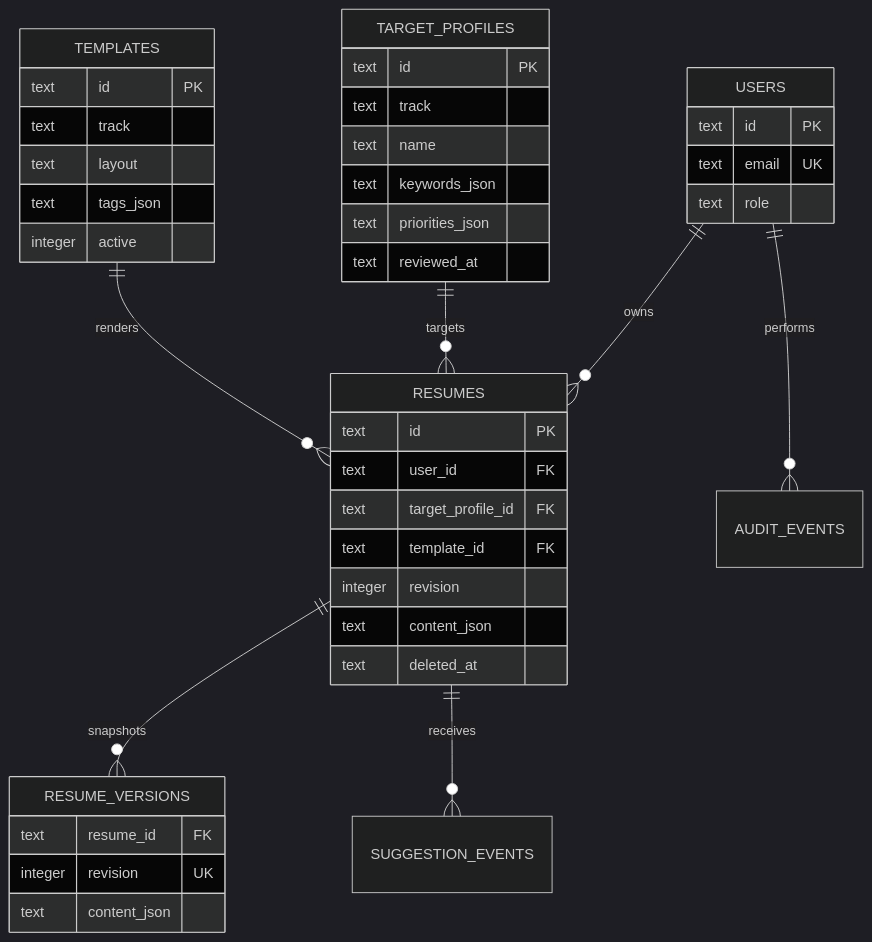
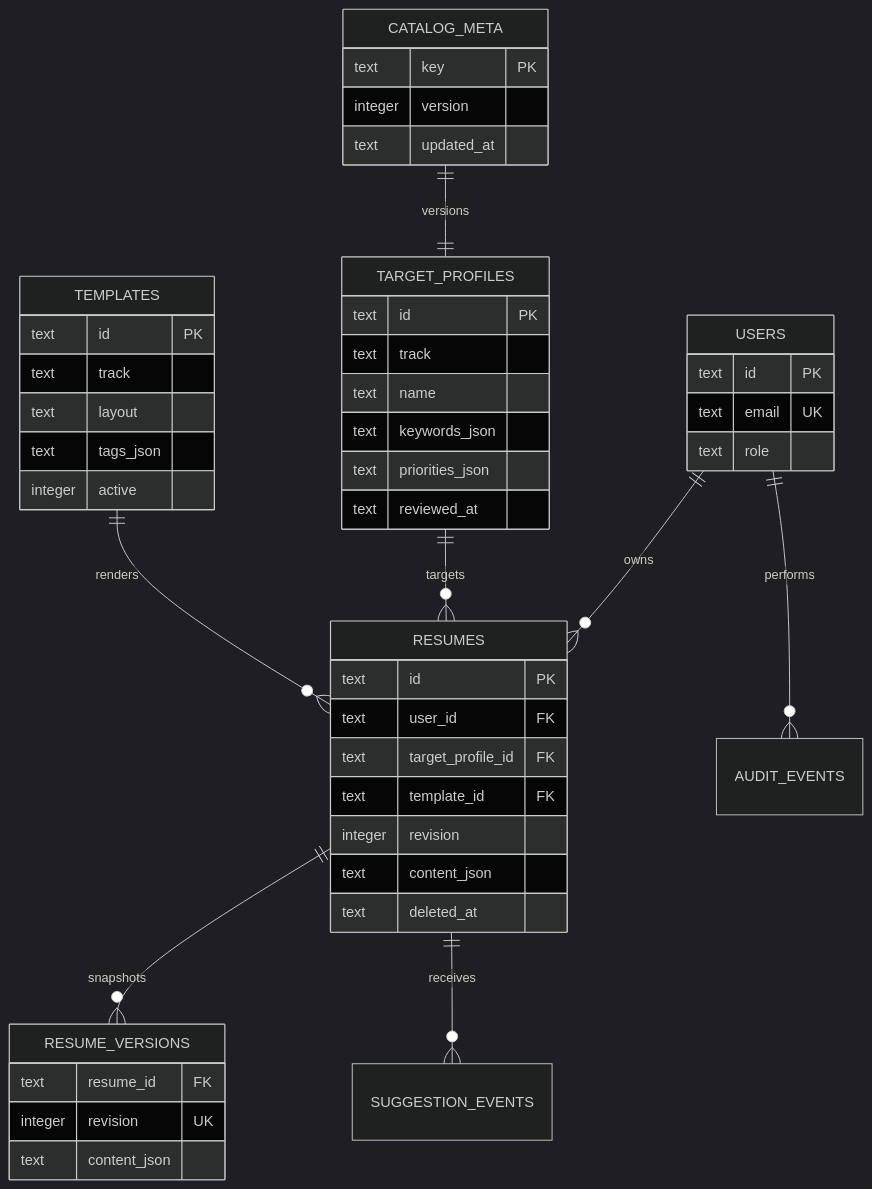
Before and after one commit to xhongduo-tech/easycv: the second of 2 diagrams in docs/architecture.md, drawn with Mermaid (dark theme). The commit also changed other lines of this file and 39 other files, not shown here.

Commit message:
Expand target catalog and career growth features

````diff
--- a/docs/architecture.md
+++ b/docs/architecture.md
@@ -33,44 +35,50 @@
 ```mermaid
 erDiagram
   USERS ||--o{ RESUMES : owns
   TARGET_PROFILES ||--o{ RESUMES : targets
   TEMPLATES ||--o{ RESUMES : renders
   RESUMES ||--o{ RESUME_VERSIONS : snapshots
   RESUMES ||--o{ SUGGESTION_EVENTS : receives
   USERS ||--o{ AUDIT_EVENTS : performs
+  CATALOG_META ||--|| TARGET_PROFILES : versions
 
   USERS {
     text id PK
     text email UK
     text role
   }
   TARGET_PROFILES {
     text id PK
     text track
     text name
     text keywords_json
     text priorities_json
     text reviewed_at
   }
   TEMPLATES {
     text id PK
     text track
     text layout
     text tags_json
     integer active
   }
   RESUMES {
     text id PK
     text user_id FK
     text target_profile_id FK
     text template_id FK
     integer revision
     text content_json
     text deleted_at
   }
   RESUME_VERSIONS {
     text resume_id FK
     integer revision UK
     text content_json
   }
+  CATALOG_META {
+    text key PK
+    integer version
+    text updated_at
+  }
 ```
````
